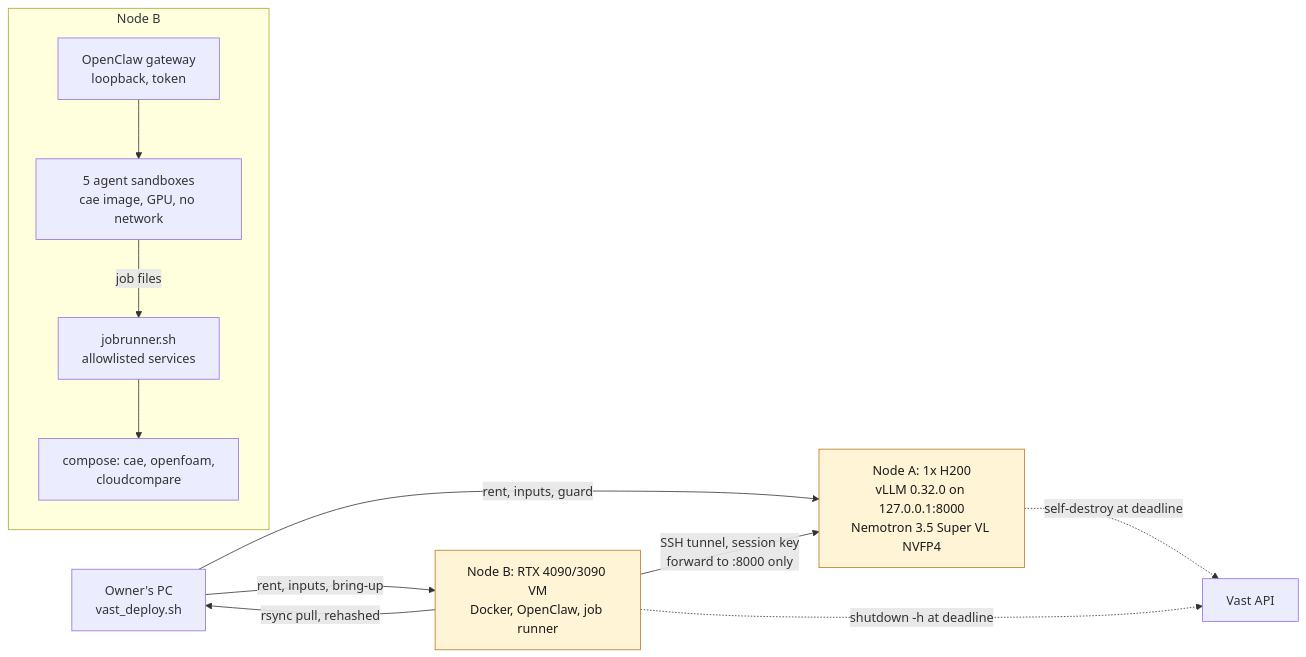
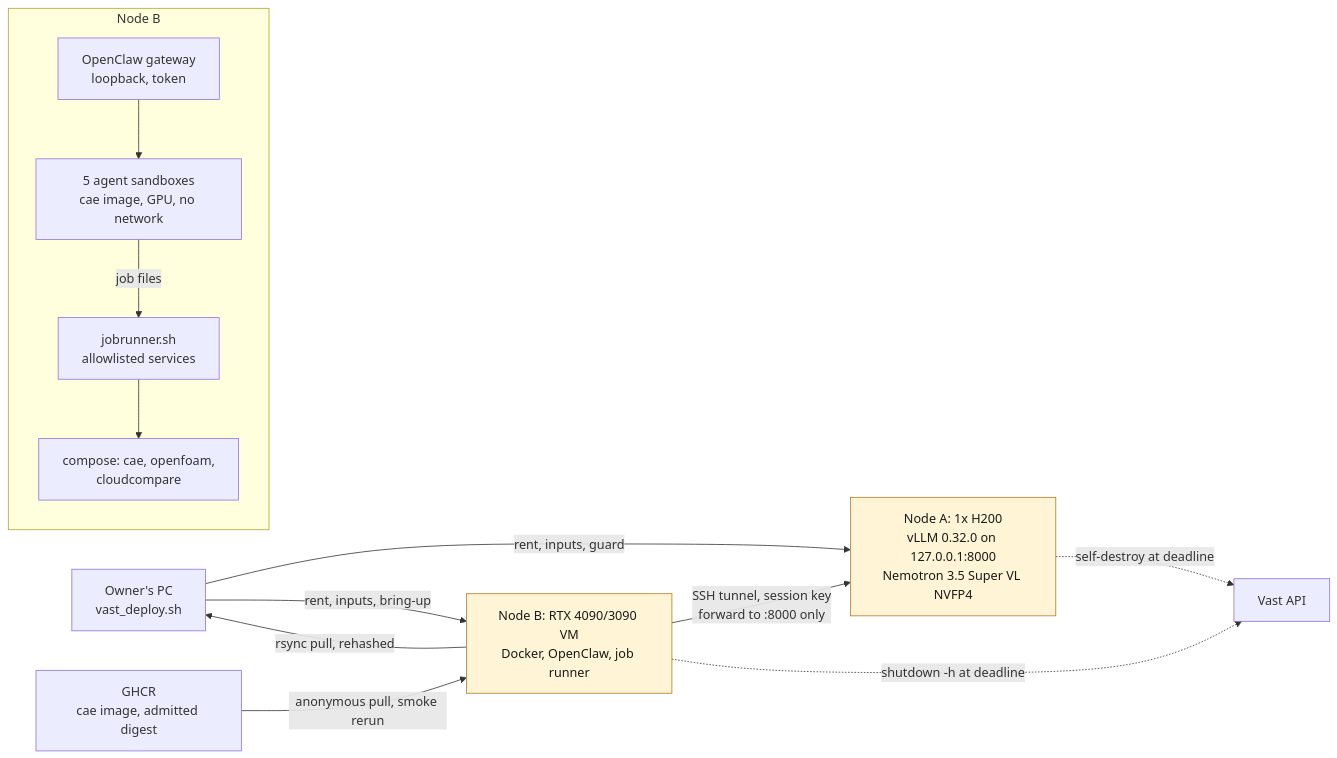
Before and after one commit to cluster2600/porscheparts: the diagram in deploy/vast/935-twin-openclaw/README.md, drawn with Mermaid. The commit also changed other lines of this file and 7 other files, not shown here.

First line of the commit message:
935 twin deploy: admit the cae image before any session rents (#728)

````diff
--- a/deploy/vast/935-twin-openclaw/README.md
+++ b/deploy/vast/935-twin-openclaw/README.md
@@ -45,16 +48,17 @@
 ```mermaid
 flowchart LR
   PC["Owner's PC<br/>vast_deploy.sh"] -->|"rent, inputs, guard"| A["Node A: 1x H200<br/>vLLM 0.32.0 on 127.0.0.1:8000<br/>Nemotron 3.5 Super VL NVFP4"]
   PC -->|"rent, inputs, bring-up"| B["Node B: RTX 4090/3090 VM<br/>Docker, OpenClaw, job runner"]
+  G["GHCR<br/>cae image, admitted digest"] -->|"anonymous pull, smoke rerun"| B
   B -->|"SSH tunnel, session key<br/>forward to :8000 only"| A
   subgraph B2["Node B"]
     GW["OpenClaw gateway<br/>loopback, token"] --> SB["5 agent sandboxes<br/>cae image, GPU, no network"]
     SB -->|"job files"| JR["jobrunner.sh<br/>allowlisted services"]
     JR --> C["compose: cae, openfoam,<br/>cloudcompare"]
   end
   B -->|"rsync pull, rehashed"| PC
   A -.->|"self-destroy at deadline"| X["Vast API"]
   B -.->|"shutdown -h at deadline"| X
   classDef open fill:#fff4d6,stroke:#b7791f,color:#1a1a1a;
   class A,B open;
 ```
````
